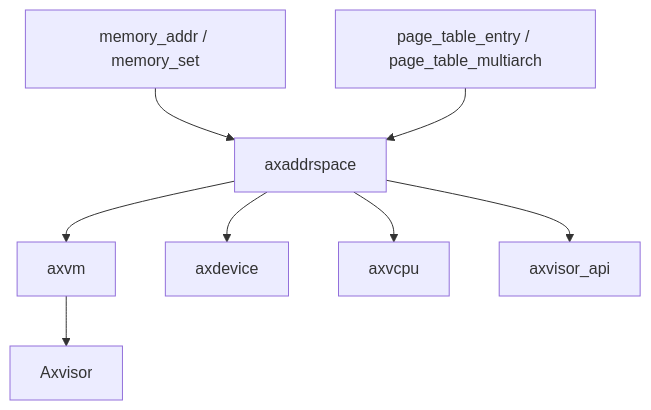
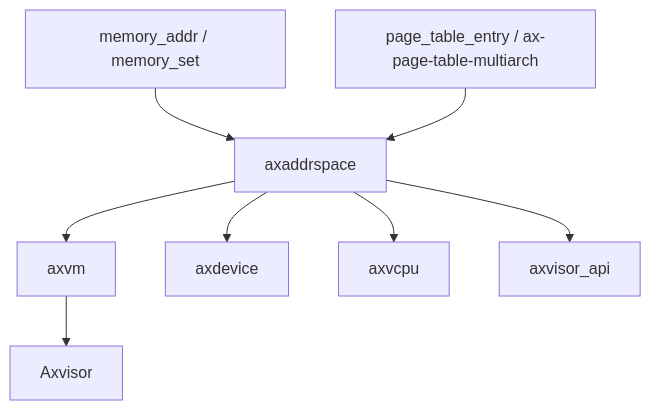
One commit to zKurisu/tgoskits changed the second of 2 diagrams in docs/crates/axaddrspace.md. Above: the diagram before and after it, drawn with Mermaid. The commit also changed other lines of this file and 48 other files, not shown here.

Commit message:
rename page_table_multiarch to ax-page-table-multiarch

````diff
--- a/docs/crates/axaddrspace.md
+++ b/docs/crates/axaddrspace.md
@@ -260,10 +260,10 @@
 ```mermaid
 graph TD
     A[memory_addr / memory_set] --> B[axaddrspace]
-    C[page_table_entry / page_table_multiarch] --> B
+    C[page_table_entry / ax-page-table-multiarch] --> B
     B --> D[axvm]
     B --> E[axdevice]
     B --> F[axvcpu]
     B --> G[axvisor_api]
     D --> H[Axvisor]
 ```
````
